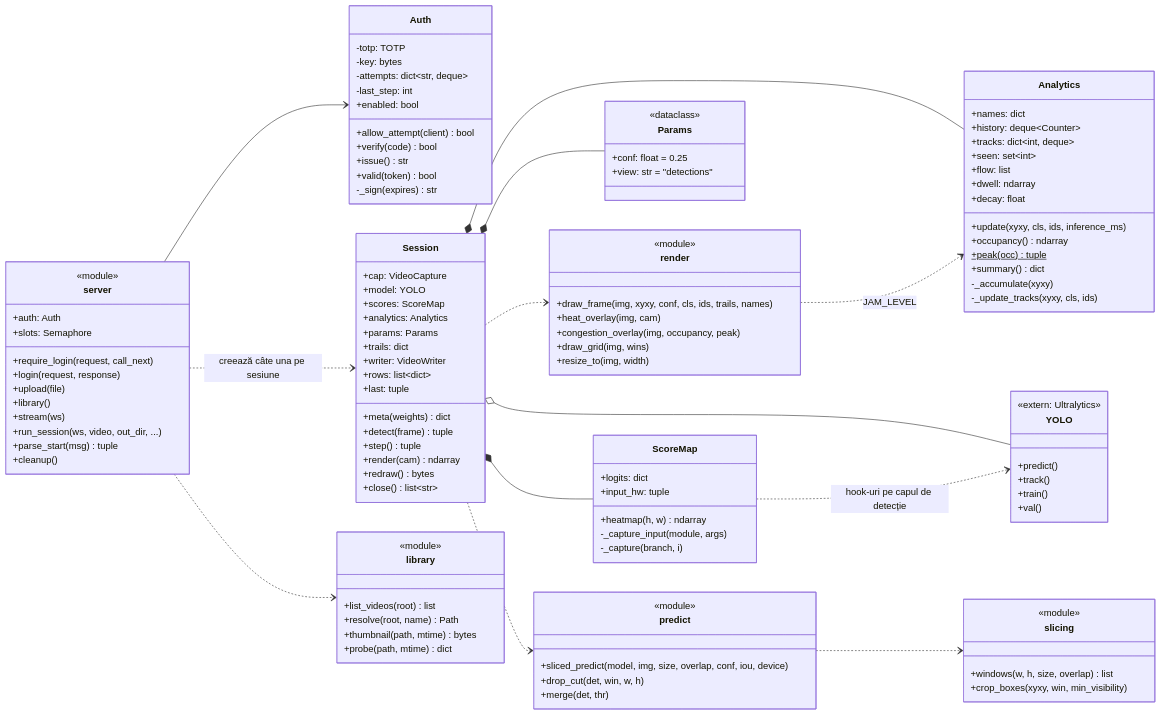
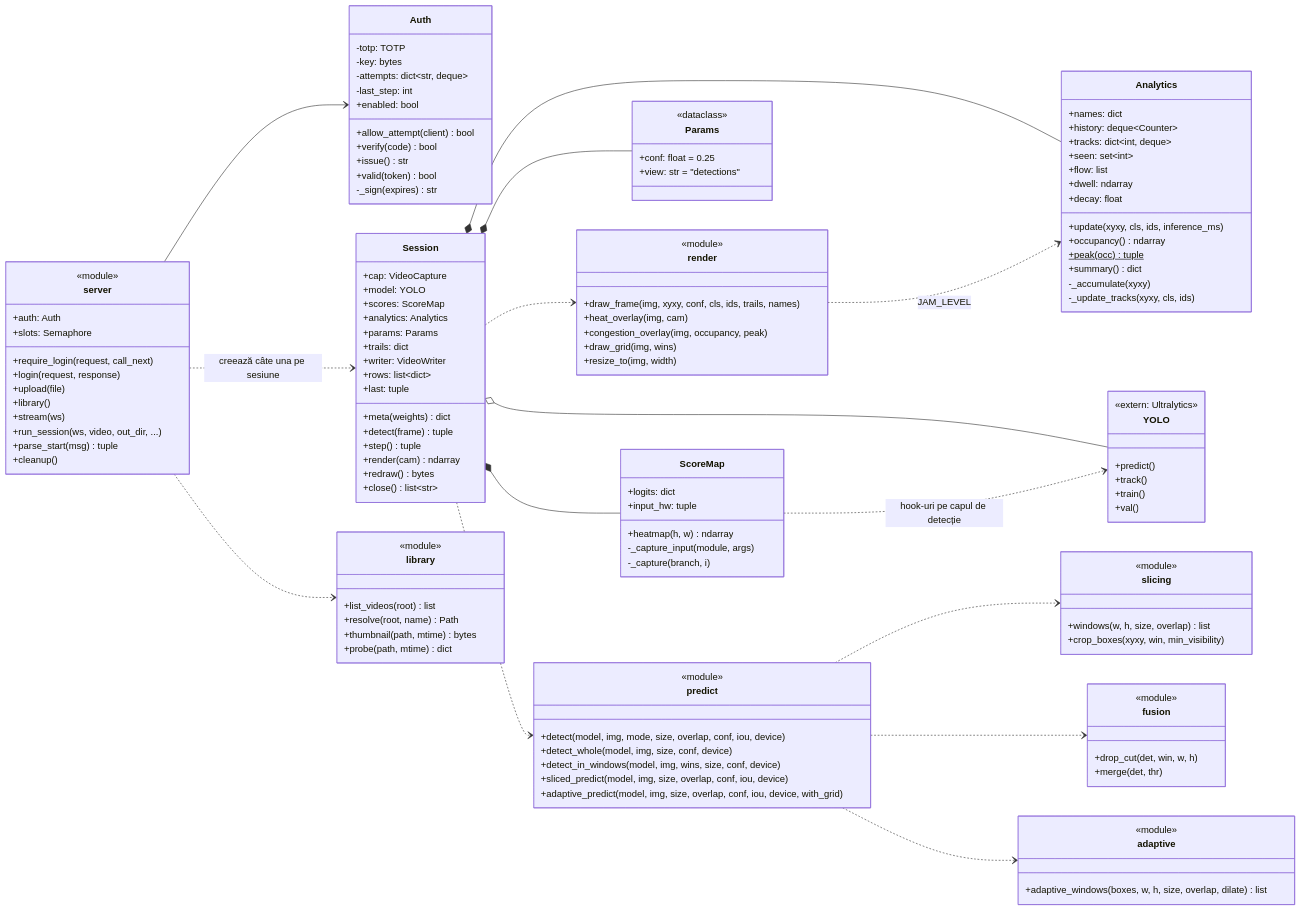
One commit to zaha27/pi-p changed the third of 7 diagrams in docs/uml.md. Above: the diagram before and after it, drawn with Mermaid. The commit also changed other lines of this file and 15 other files, not shown here.

Commit message:
docs: step-by-step pipeline explanations, results and updated architecture

````diff
--- a/docs/uml.md
+++ b/docs/uml.md
@@ -214,9 +220,22 @@
 
     class predict {
         <<module>>
+        +detect(model, img, mode, size, overlap, conf, iou, device)
+        +detect_whole(model, img, size, conf, device)
+        +detect_in_windows(model, img, wins, size, conf, device)
         +sliced_predict(model, img, size, overlap, conf, iou, device)
+        +adaptive_predict(model, img, size, overlap, conf, iou, device, with_grid)
+    }
+
+    class fusion {
+        <<module>>
         +drop_cut(det, win, w, h)
         +merge(det, thr)
+    }
+
+    class adaptive {
+        <<module>>
+        +adaptive_windows(boxes, w, h, size, overlap, dilate) list
     }
 
     class slicing {
@@ -244,5 +263,7 @@
     Session ..> render
     Session ..> predict
     predict ..> slicing
+    predict ..> fusion
+    predict ..> adaptive
     render ..> Analytics : JAM_LEVEL
 ```
````
